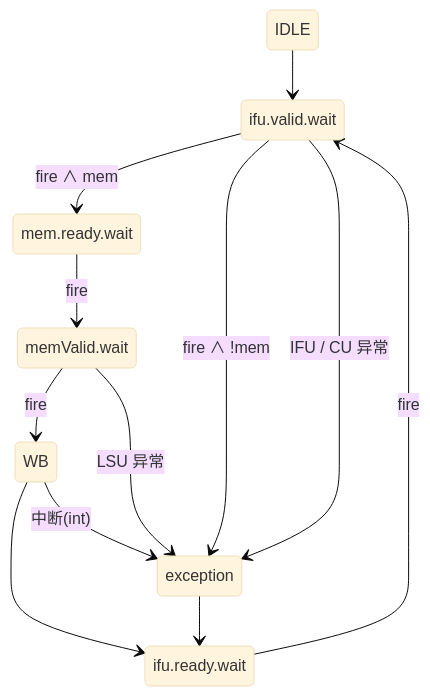
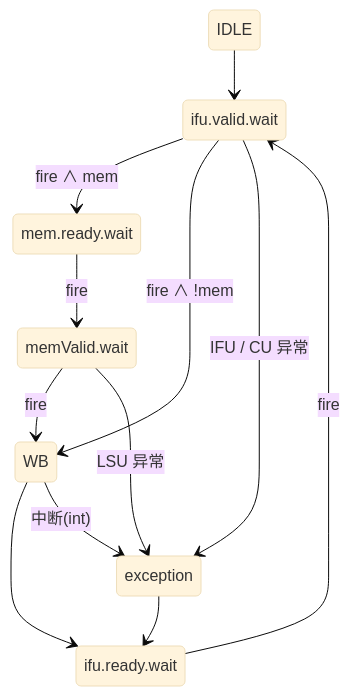
The first of 8 diagrams in 中期/report.md (KINGFIOX/bachelor), drawn with Mermaid (base theme) before and after one commit. The commit also changed other lines of this file and 3 other files, not shown here.

````diff
--- a/中期/report.md
+++ b/中期/report.md
@@ -105,22 +105,22 @@
 ```mermaid
 stateDiagram-v2
     state "IDLE" as IDLE
     state "ifu.valid.wait" as IVW
     state "mem.ready.wait" as MRW
     state "memValid.wait" as MVW
     state "WB" as WB
     state "exception" as EXC
     state "ifu.ready.wait" as IRW
 
     IDLE --> IVW
     IVW --> MRW : fire ∧ mem
-    IVW --> EXC : fire ∧ !mem
+    IVW --> WB : fire ∧ !mem
     IVW --> EXC : IFU / CU 异常
     MRW --> MVW : fire
     MVW --> WB : fire
     MVW --> EXC : LSU 异常
     WB --> IRW
     WB --> EXC : 中断(int)
     EXC --> IRW
     IRW --> IVW : fire
 ```
````
